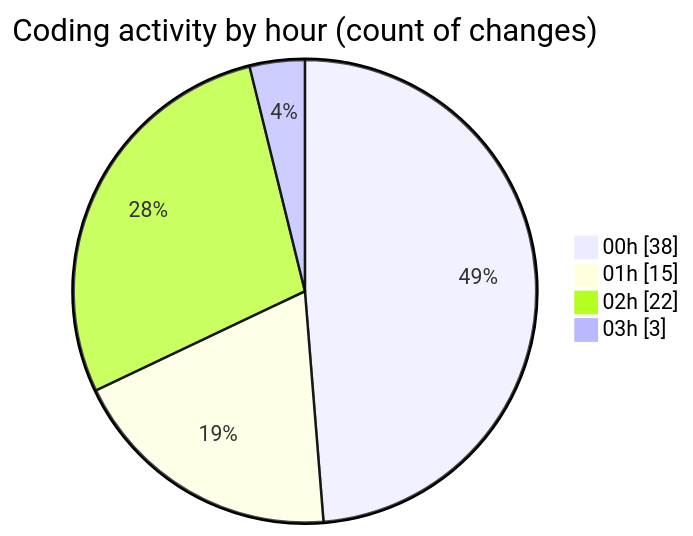
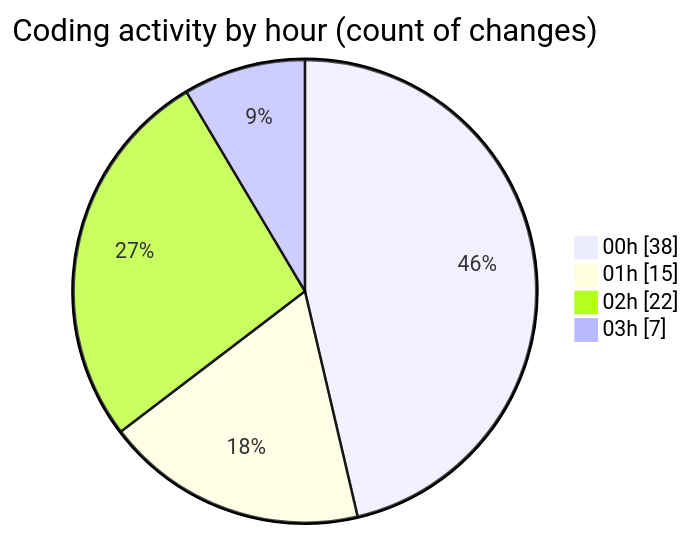
The second of 2 diagrams in 2025-03-08/uber_clone/README.md (donsfak/code-tracking), drawn with Mermaid before and after one commit. The commit also changed other lines of this file and 1 other file, not shown here.

````diff
--- a/2025-03-08/uber_clone/README.md
+++ b/2025-03-08/uber_clone/README.md
@@ -34,8 +34,8 @@
 ```mermaid
 pie showData
 title Coding activity by hour (count of changes)
 "00h" : 38
 "01h" : 15
 "02h" : 22
-"03h" : 3
+"03h" : 7
 ```
````
